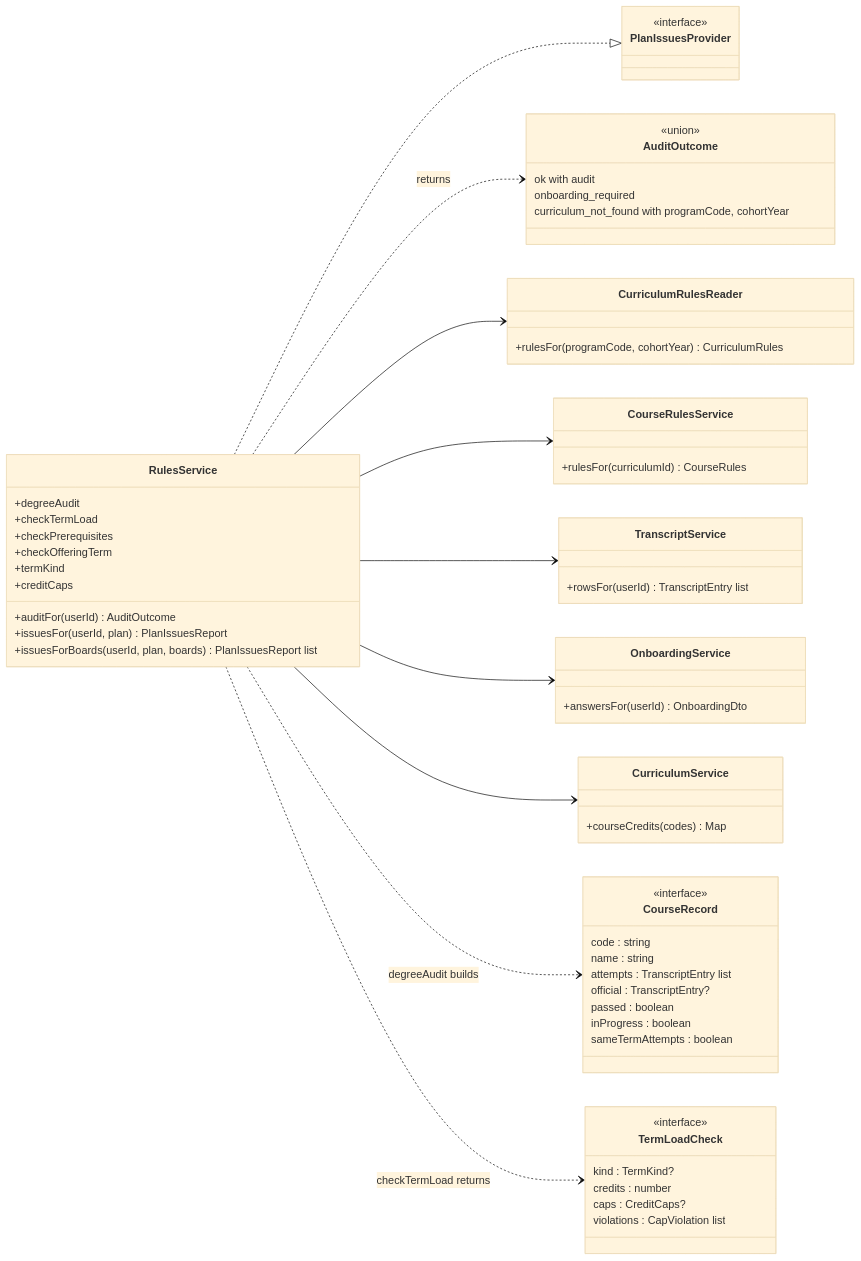
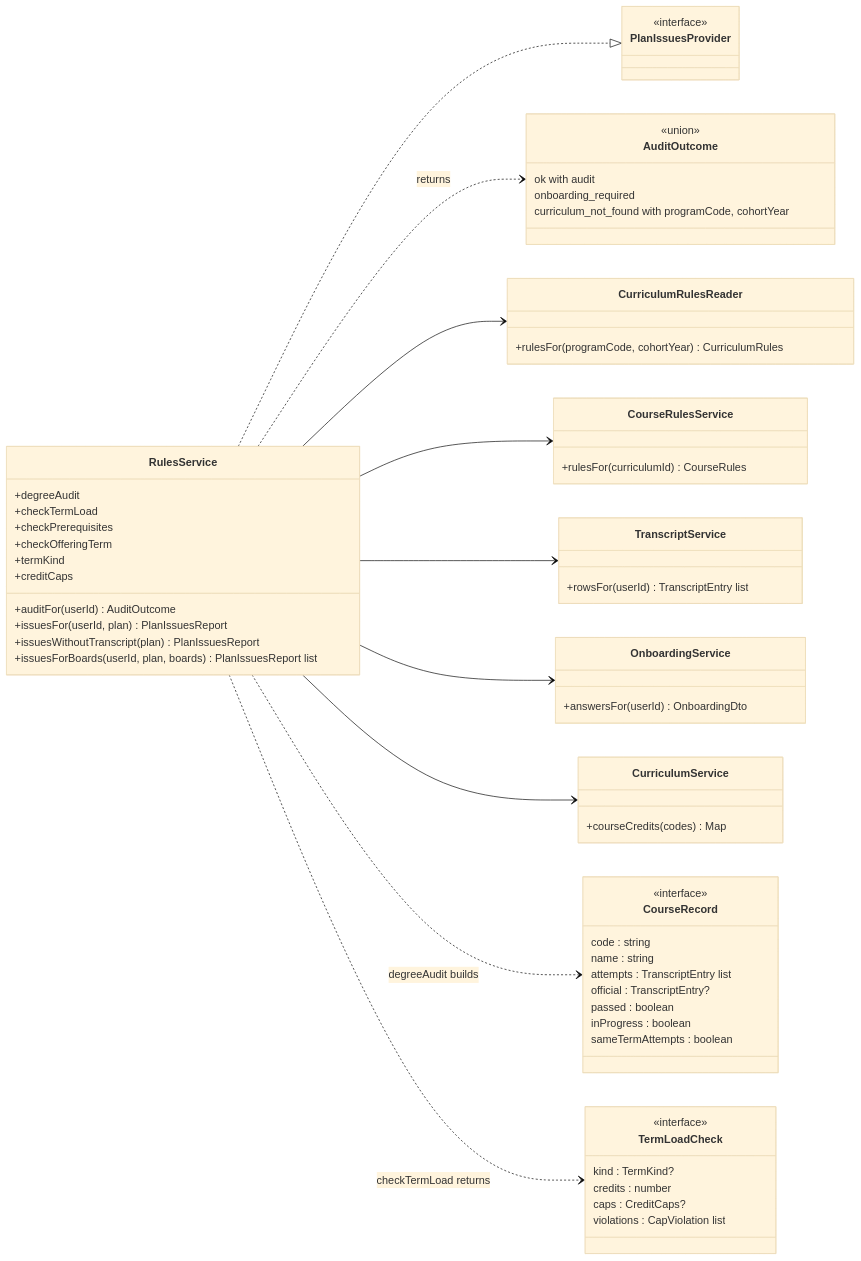
The tenth of 15 diagrams in docs/analysis-and-design/class-model.md (LLaammTTeerr/omnicourses), drawn with Mermaid (base theme) before and after one commit. The commit also changed other lines of this file and 6 other files, not shown here.

````diff
--- a/docs/analysis-and-design/class-model.md
+++ b/docs/analysis-and-design/class-model.md
@@ -740,65 +741,66 @@
 ```mermaid
 classDiagram
     direction LR
     class RulesService {
         +auditFor(userId) AuditOutcome
         +issuesFor(userId, plan) PlanIssuesReport
+        +issuesWithoutTranscript(plan) PlanIssuesReport
         +issuesForBoards(userId, plan, boards) PlanIssuesReport list
         +degreeAudit
         +checkTermLoad
         +checkPrerequisites
         +checkOfferingTerm
         +termKind
         +creditCaps
     }
     class PlanIssuesProvider {
         <<interface>>
     }
     class AuditOutcome {
         <<union>>
         ok with audit
         onboarding_required
         curriculum_not_found with programCode, cohortYear
     }
     class CourseRecord {
         <<interface>>
         code : string
         name : string
         attempts : TranscriptEntry list
         official : TranscriptEntry?
         passed : boolean
         inProgress : boolean
         sameTermAttempts : boolean
     }
     class TermLoadCheck {
         <<interface>>
         kind : TermKind?
         credits : number
         caps : CreditCaps?
         violations : CapViolation list
     }
     class CurriculumRulesReader {
         +rulesFor(programCode, cohortYear) CurriculumRules
     }
     class CourseRulesService {
         +rulesFor(curriculumId) CourseRules
     }
     class TranscriptService {
         +rowsFor(userId) TranscriptEntry list
     }
     class OnboardingService {
         +answersFor(userId) OnboardingDto
     }
     class CurriculumService {
         +courseCredits(codes) Map
     }
     RulesService ..|> PlanIssuesProvider
     RulesService ..> AuditOutcome : returns
     RulesService --> CurriculumRulesReader
     RulesService --> CourseRulesService
     RulesService --> TranscriptService
     RulesService --> OnboardingService
     RulesService --> CurriculumService
     RulesService ..> CourseRecord : degreeAudit builds
     RulesService ..> TermLoadCheck : checkTermLoad returns
 ```
````
